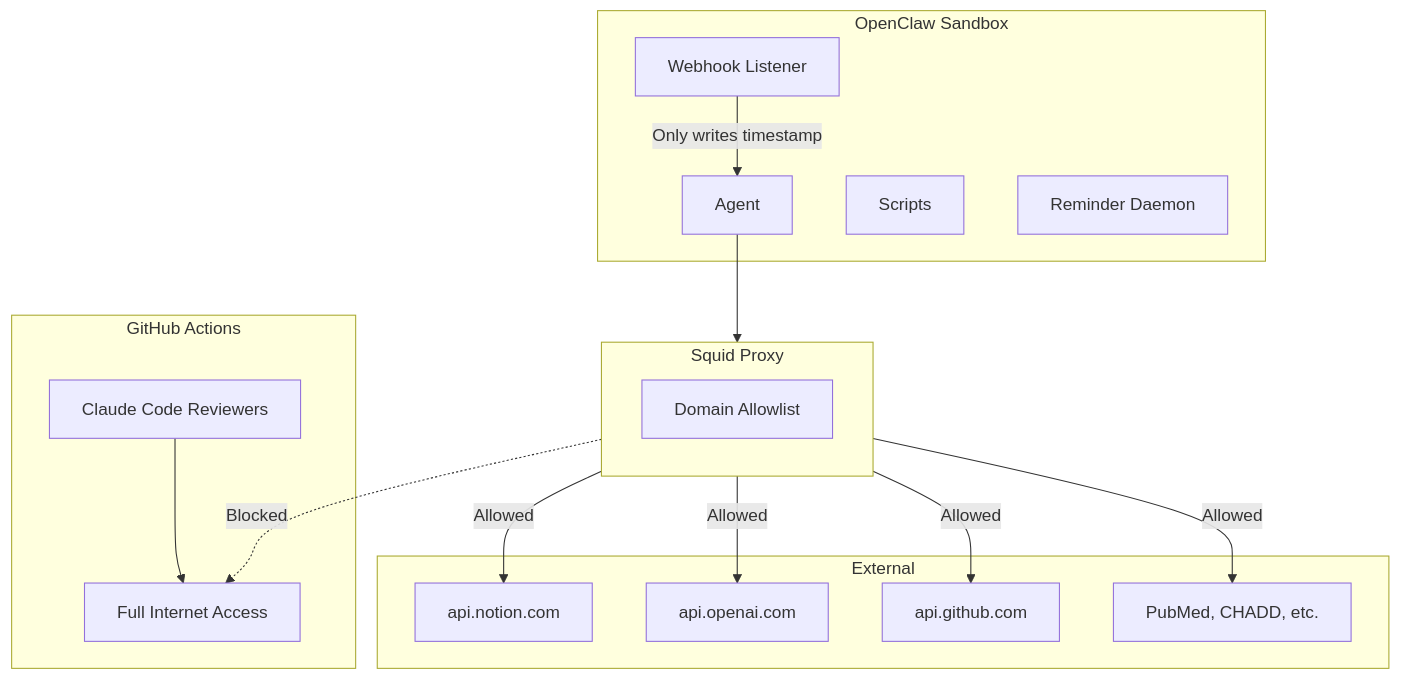
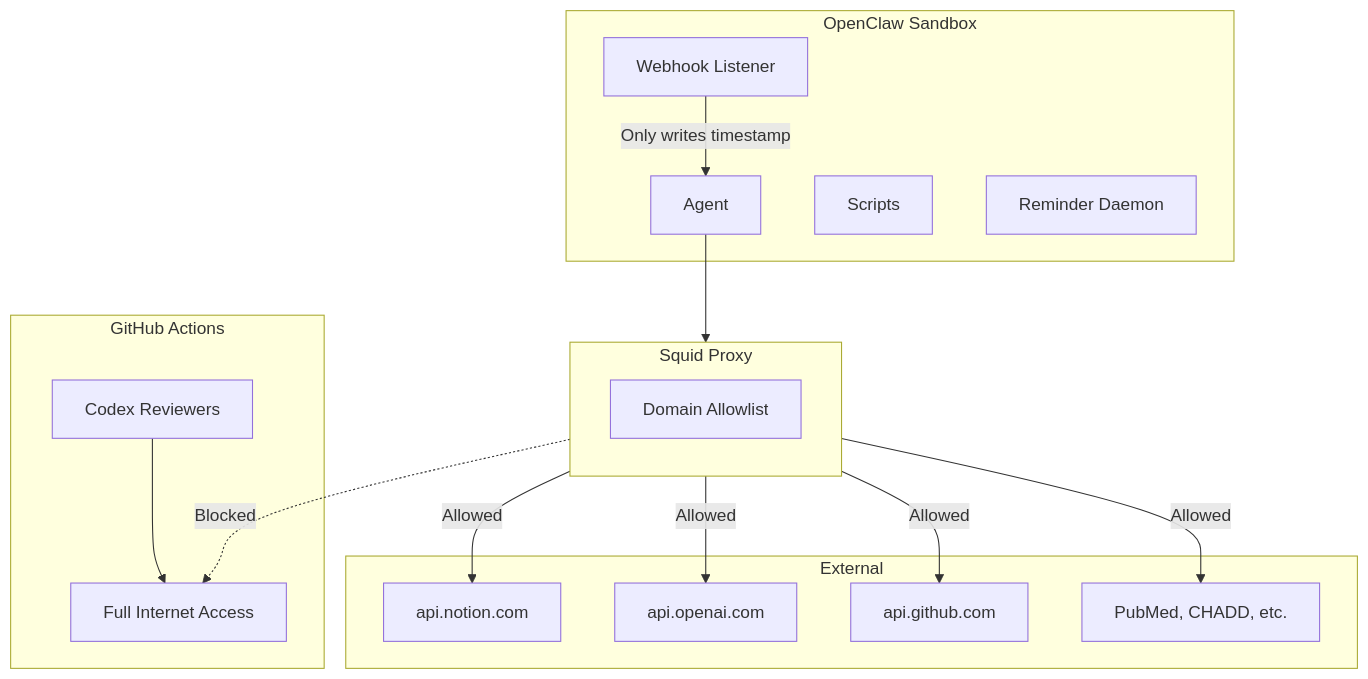
The sixth of 6 diagrams in docs/architecture.md (NickBorgersProbably/hide-my-list), drawn with Mermaid before and after one commit. The commit also changed 5 other files, not shown here.

````diff
--- a/docs/architecture.md
+++ b/docs/architecture.md
@@ -287,36 +287,36 @@
 ```mermaid
 flowchart TB
     subgraph Sandbox["OpenClaw Sandbox"]
         Agent[Agent]
         Scripts[Scripts]
         Webhook[Webhook Listener]
         Reminder[Reminder Daemon]
     end
 
     subgraph Proxy["Squid Proxy"]
         ACL[Domain Allowlist]
     end
 
     subgraph External["External"]
         Notion[api.notion.com]
         OpenAI[api.openai.com]
         GitHub[api.github.com]
         Research[PubMed, CHADD, etc.]
     end
 
     subgraph CIEnv["GitHub Actions"]
-        CI[Claude Code Reviewers]
+        CI[Codex Reviewers]
         FullNet[Full Internet Access]
     end
 
     Agent --> Proxy
     Proxy -->|Allowed| Notion
     Proxy -->|Allowed| OpenAI
     Proxy -->|Allowed| GitHub
     Proxy -->|Allowed| Research
     Proxy -.->|Blocked| FullNet
 
     CI --> FullNet
 
     Webhook -->|Only writes timestamp| Agent
 ```
````
